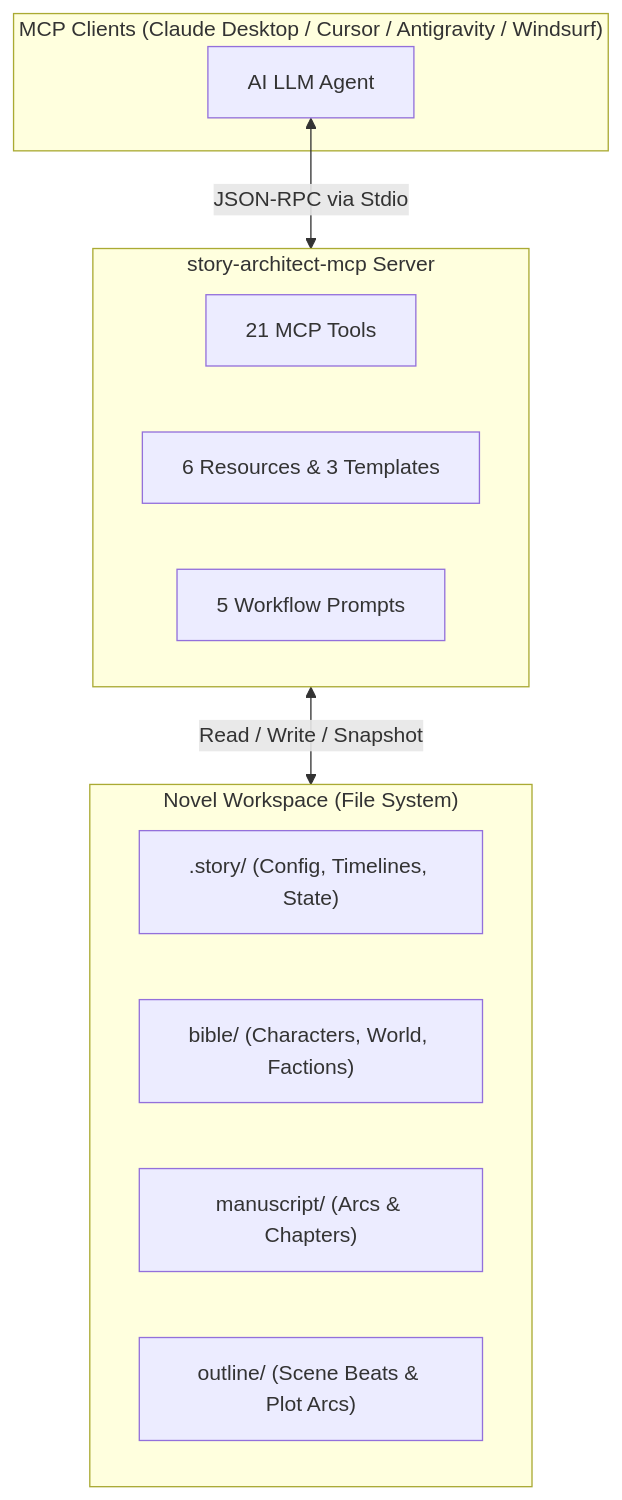
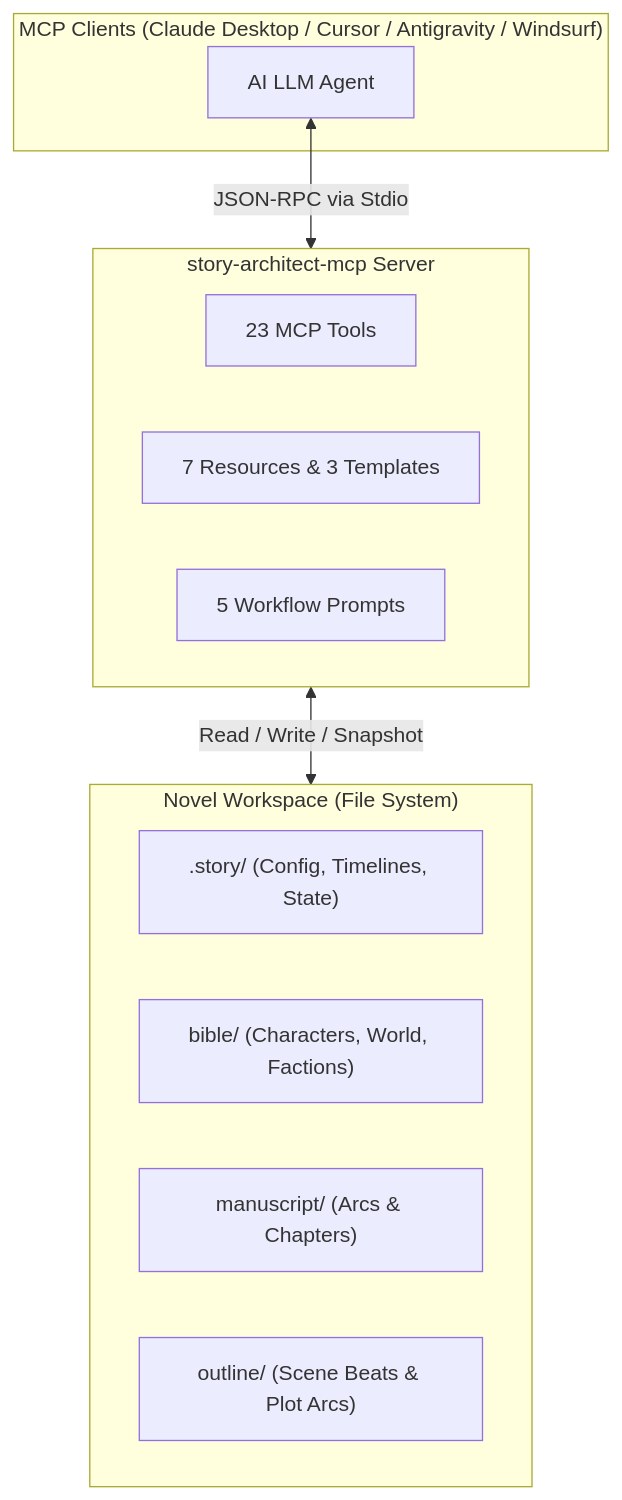
One commit to PTCuong-1102/story-architect-mcp changed the diagram in README.md. Above: the diagram before and after it, drawn with Mermaid. The commit also changed other lines of this file and 13 other files, not shown here.

````diff
--- a/README.md
+++ b/README.md
@@ -24,22 +24,22 @@
 ```mermaid
 flowchart TD
     subgraph Client["MCP Clients (Claude Desktop / Cursor / Antigravity / Windsurf)"]
         AI["AI LLM Agent"]
     end
 
     subgraph MCP["story-architect-mcp Server"]
-        Tools["21 MCP Tools"]
-        Res["6 Resources & 3 Templates"]
+        Tools["23 MCP Tools"]
+        Res["7 Resources & 3 Templates"]
         Prompts["5 Workflow Prompts"]
     end
 
     subgraph Storage["Novel Workspace (File System)"]
         StoryMeta[".story/ (Config, Timelines, State)"]
         Bible["bible/ (Characters, World, Factions)"]
         Manuscript["manuscript/ (Arcs & Chapters)"]
         Outline["outline/ (Scene Beats & Plot Arcs)"]
     end
 
     AI <-->|JSON-RPC via Stdio| MCP
     MCP <-->|Read / Write / Snapshot| Storage
 ```
````
